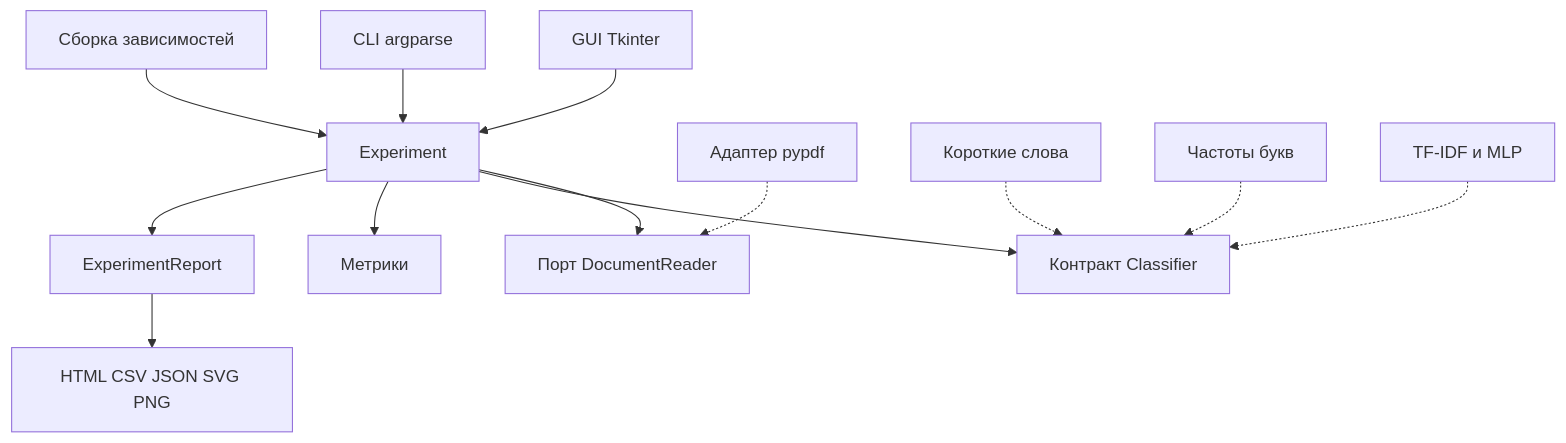
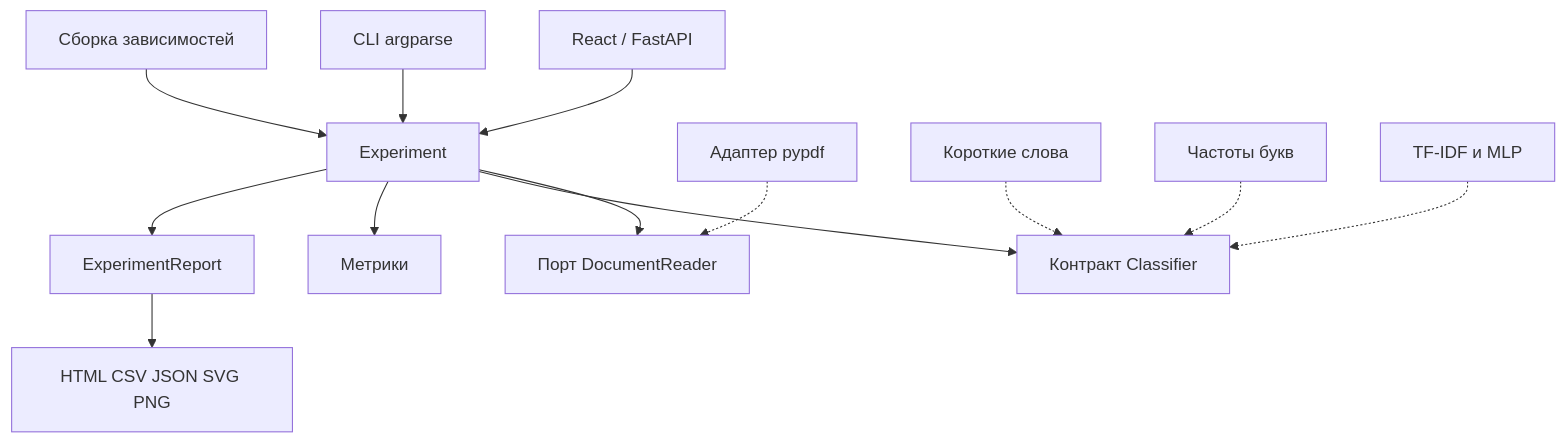
One commit to xarturhax/EYAZIS changed the first of 2 diagrams in lab2/docs/REPORT.md. Above: the diagram before and after it, drawn with Mermaid. The commit also changed other lines of this file and 135 other files, not shown here.

````diff
--- a/lab2/docs/REPORT.md
+++ b/lab2/docs/REPORT.md
@@ -38,15 +38,15 @@
 ```mermaid
 flowchart TD
-  GUI[GUI Tkinter] --> Service[Experiment]
+  Web[React / FastAPI] --> Service[Experiment]
   CLI[CLI argparse] --> Service
   Bootstrap[Сборка зависимостей] --> Service
   Service --> Reader[Порт DocumentReader]
   PDF[Адаптер pypdf] -.-> Reader
   Service --> Models[Контракт Classifier]
   Words[Короткие слова] -.-> Models
   Alphabet[Частоты букв] -.-> Models
   MLP[TF-IDF и MLP] -.-> Models
   Service --> Metrics[Метрики]
   Service --> Report[ExperimentReport]
   Report --> Export[HTML CSV JSON SVG PNG]
 ```
````
